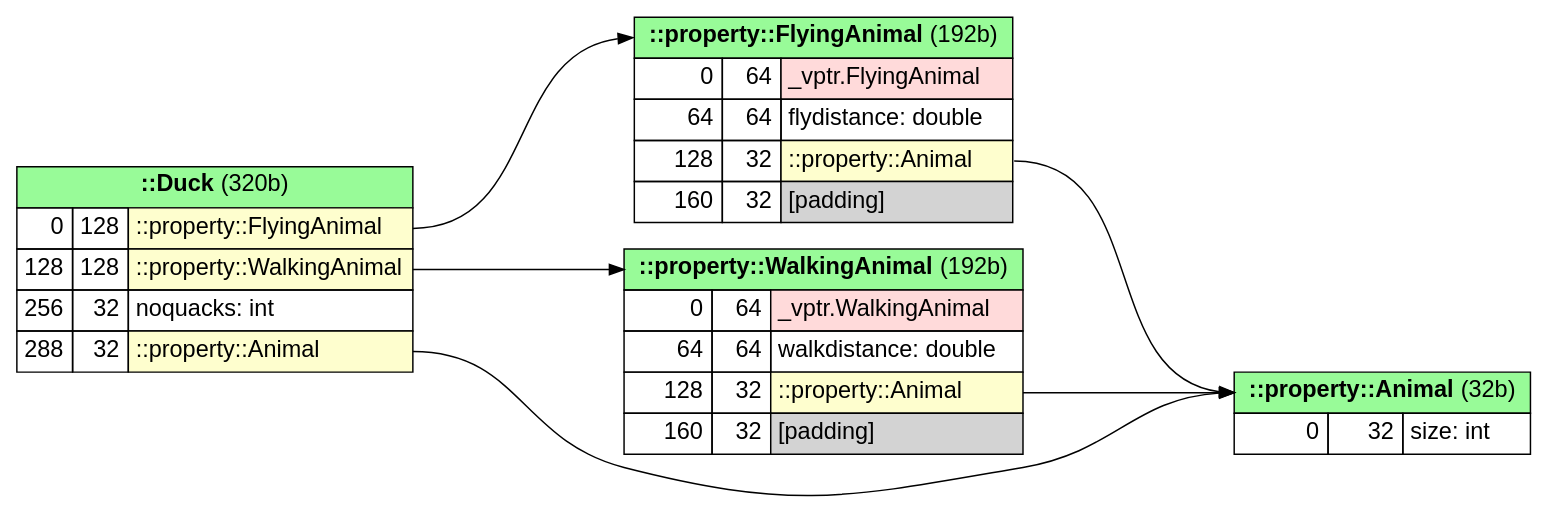
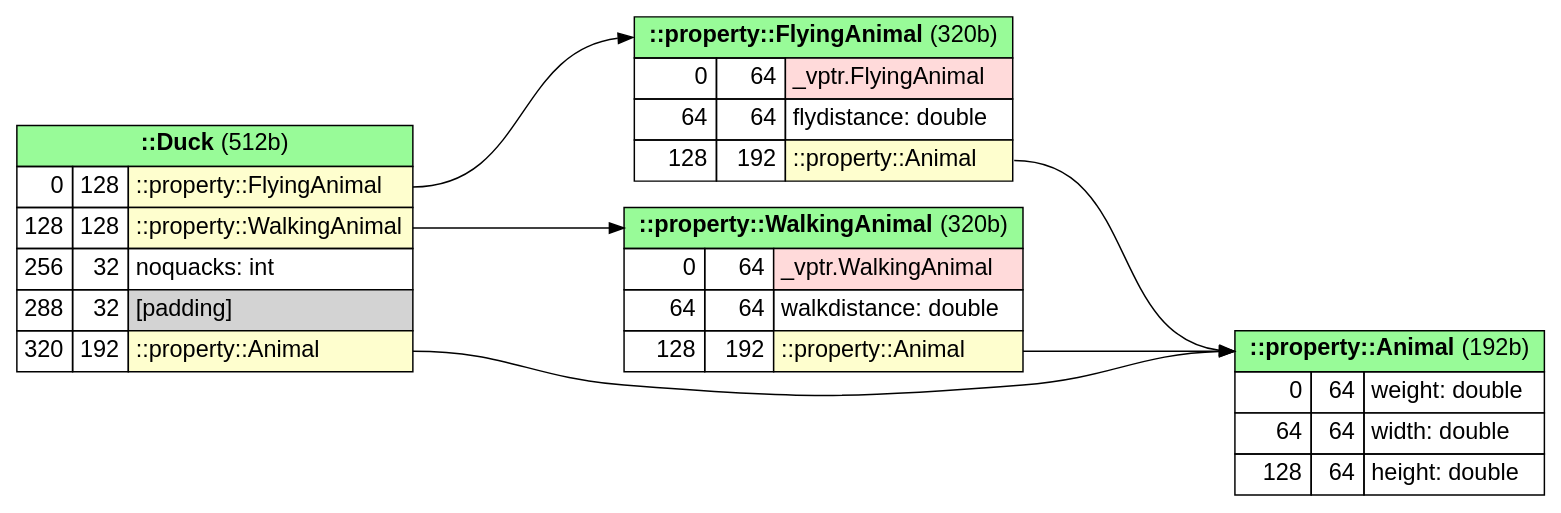
The diagram in examples/inheritgraph/inherit_diamond2.cpp.memlay.dot (anetczuk/gcc-uml), drawn with Graphviz before and after one commit. The commit also changed 7 other files, not shown here.

```diff
--- a/examples/inheritgraph/inherit_diamond2.cpp.memlay.dot
+++ b/examples/inheritgraph/inherit_diamond2.cpp.memlay.dot
@@ -1,75 +1,76 @@
 digraph memory_layout {
 
 fontname="Helvetica,Arial,sans-serif"
 node [fontname="Helvetica,Arial,sans-serif"]
 edge [fontname="Helvetica,Arial,sans-serif"]
 
 graph [
     rankdir = "LR"
 ];
 node [
     fontsize = "16"
     shape = "record"
 ];
 
 ranksep = 2
 
 
 # items subgraph
 {
 
     "-Duck" [
         shape=plain
         label=
         <<table border="0" cellborder="1" cellspacing="0" cellpadding="4">
-            <tr> <td colspan="3" bgcolor="PaleGreen" port='-1'> <b>::Duck</b>  (320b)</td> </tr>
+            <tr> <td colspan="3" bgcolor="PaleGreen" port='-1'> <b>::Duck</b>  (512b)</td> </tr>
             <tr> <td align="right" port='in_0'>0</td> <td align="right">128</td> <td align="left" bgcolor='#FEFECE' port='out_0'>::property::FlyingAnimal</td> </tr>
             <tr> <td align="right" port='in_1'>128</td> <td align="right">128</td> <td align="left" bgcolor='#FEFECE' port='out_1'>::property::WalkingAnimal</td> </tr>
             <tr> <td align="right" port='in_2'>256</td> <td align="right">32</td> <td align="left" port='out_2'>noquacks: int</td> </tr>
-            <tr> <td align="right" port='in_3'>288</td> <td align="right">32</td> <td align="left" bgcolor='#FEFECE' port='out_3'>::property::Animal</td> </tr>
+            <tr> <td align="right" port='in_3'>288</td> <td align="right">32</td> <td align="left" bgcolor='lightgray' port='out_3'>[padding]</td> </tr>
+            <tr> <td align="right" port='in_4'>320</td> <td align="right">192</td> <td align="left" bgcolor='#FEFECE' port='out_4'>::property::Animal</td> </tr>
         </table>>
     ]
 
     "-property-WalkingAnimal" [
         shape=plain
         label=
         <<table border="0" cellborder="1" cellspacing="0" cellpadding="4">
-            <tr> <td colspan="3" bgcolor="PaleGreen" port='-1'> <b>::property::WalkingAnimal</b>  (192b)</td> </tr>
+            <tr> <td colspan="3" bgcolor="PaleGreen" port='-1'> <b>::property::WalkingAnimal</b>  (320b)</td> </tr>
             <tr> <td align="right" port='in_0'>0</td> <td align="right">64</td> <td align="left" bgcolor='#ffdada' port='out_0'>_vptr.WalkingAnimal</td> </tr>
             <tr> <td align="right" port='in_1'>64</td> <td align="right">64</td> <td align="left" port='out_1'>walkdistance: double</td> </tr>
-            <tr> <td align="right" port='in_2'>128</td> <td align="right">32</td> <td align="left" bgcolor='#FEFECE' port='out_2'>::property::Animal</td> </tr>
-            <tr> <td align="right" port='in_3'>160</td> <td align="right">32</td> <td align="left" bgcolor='lightgray' port='out_3'>[padding]</td> </tr>
+            <tr> <td align="right" port='in_2'>128</td> <td align="right">192</td> <td align="left" bgcolor='#FEFECE' port='out_2'>::property::Animal</td> </tr>
         </table>>
     ]
 
     "-property-FlyingAnimal" [
         shape=plain
         label=
         <<table border="0" cellborder="1" cellspacing="0" cellpadding="4">
-            <tr> <td colspan="3" bgcolor="PaleGreen" port='-1'> <b>::property::FlyingAnimal</b>  (192b)</td> </tr>
+            <tr> <td colspan="3" bgcolor="PaleGreen" port='-1'> <b>::property::FlyingAnimal</b>  (320b)</td> </tr>
             <tr> <td align="right" port='in_0'>0</td> <td align="right">64</td> <td align="left" bgcolor='#ffdada' port='out_0'>_vptr.FlyingAnimal</td> </tr>
             <tr> <td align="right" port='in_1'>64</td> <td align="right">64</td> <td align="left" port='out_1'>flydistance: double</td> </tr>
-            <tr> <td align="right" port='in_2'>128</td> <td align="right">32</td> <td align="left" bgcolor='#FEFECE' port='out_2'>::property::Animal</td> </tr>
-            <tr> <td align="right" port='in_3'>160</td> <td align="right">32</td> <td align="left" bgcolor='lightgray' port='out_3'>[padding]</td> </tr>
+            <tr> <td align="right" port='in_2'>128</td> <td align="right">192</td> <td align="left" bgcolor='#FEFECE' port='out_2'>::property::Animal</td> </tr>
         </table>>
     ]
 
     "-property-Animal" [
         shape=plain
         label=
         <<table border="0" cellborder="1" cellspacing="0" cellpadding="4">
-            <tr> <td colspan="3" bgcolor="PaleGreen" port='-1'> <b>::property::Animal</b>  (32b)</td> </tr>
-            <tr> <td align="right" port='in_0'>0</td> <td align="right">32</td> <td align="left" port='out_0'>size: int</td> </tr>
+            <tr> <td colspan="3" bgcolor="PaleGreen" port='-1'> <b>::property::Animal</b>  (192b)</td> </tr>
+            <tr> <td align="right" port='in_0'>0</td> <td align="right">64</td> <td align="left" port='out_0'>weight: double</td> </tr>
+            <tr> <td align="right" port='in_1'>64</td> <td align="right">64</td> <td align="left" port='out_1'>width: double</td> </tr>
+            <tr> <td align="right" port='in_2'>128</td> <td align="right">64</td> <td align="left" port='out_2'>height: double</td> </tr>
         </table>>
     ]
 
 
     "-Duck":"out_0" -> "-property-FlyingAnimal":"-1"
     "-Duck":"out_1" -> "-property-WalkingAnimal":"-1"
-    "-Duck":"out_3" -> "-property-Animal":"-1"
+    "-Duck":"out_4" -> "-property-Animal":"-1"
     "-property-WalkingAnimal":"out_2" -> "-property-Animal":"-1"
     "-property-FlyingAnimal":"out_2" -> "-property-Animal":"-1"
 
 }  # end of items subgraph
 
 }  # end of graph
```
